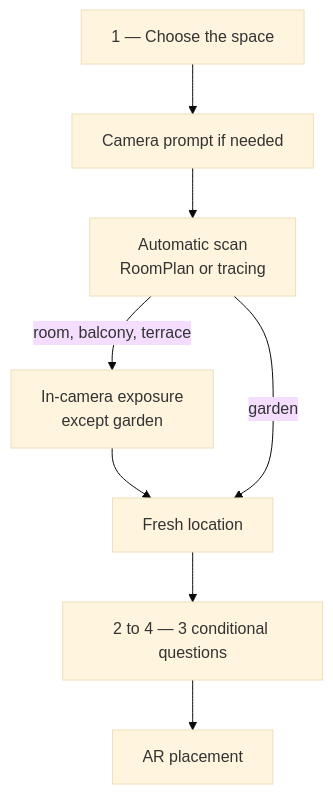
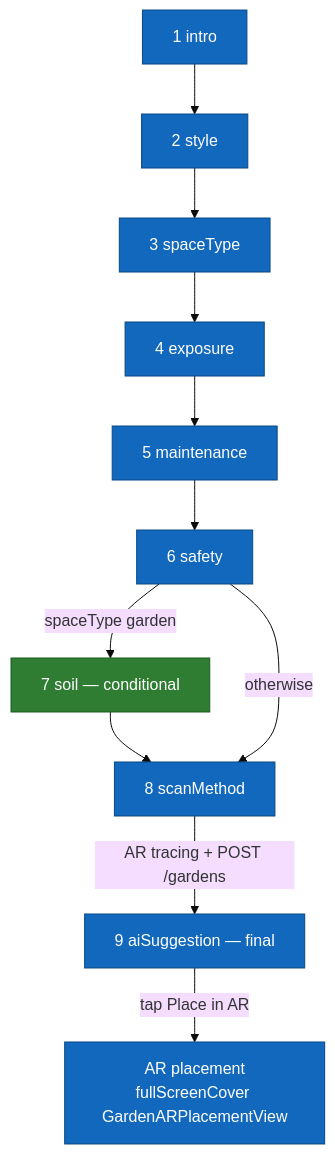
One commit to ArboreTeam/Arbore changed the diagram in docs/en/screens/questionnaire-wizard.md. Above: the diagram before and after it, drawn with Mermaid (base theme). The commit also changed other lines of this file and 15 other files, not shown here.

First line of the commit message:
revert(ios): restore the previous garden wizard + suggestion scoring (#327)

````diff
--- a/docs/en/screens/questionnaire-wizard.md
+++ b/docs/en/screens/questionnaire-wizard.md
@@ -21,15 +29,25 @@
 ```mermaid
 flowchart TB
-    space["1 — Choose the space"]
-    permission["Camera prompt if needed"]
-    scan["Automatic scan<br/>RoomPlan or tracing"]
-    exposure["In-camera exposure<br/>except garden"]
-    location["Fresh location"]
-    questions["2 to 4 — 3 conditional questions"]
-    placement["AR placement"]
+    intro[1 intro]
+    style_step[2 style]
+    spaceType[3 spaceType]
+    exposure[4 exposure]
+    maintenance[5 maintenance]
+    safety[6 safety]
+    soil[7 soil — conditional]
+    scan[8 scanMethod]
+    ai[9 aiSuggestion — final]
+    placement[AR placement<br/>fullScreenCover GardenARPlacementView]
 
-    space --> permission --> scan
-    scan -->|room, balcony, terrace| exposure --> location
-    scan -->|garden| location
-    location --> questions --> placement
+    intro --> style_step --> spaceType
+    spaceType --> exposure --> maintenance --> safety
+    safety -->|spaceType garden| soil --> scan
+    safety -->|otherwise| scan
+    scan -->|AR tracing + POST /gardens| ai
+    ai -->|tap Place in AR| placement
+
+    classDef step fill:#1168BD,stroke:#0B4884,color:#fff
+    classDef cond fill:#2E7D32,stroke:#1B5E20,color:#fff
+    class intro,style_step,spaceType,exposure,maintenance,safety,scan,ai,placement step
+    class soil cond
 ```
````
